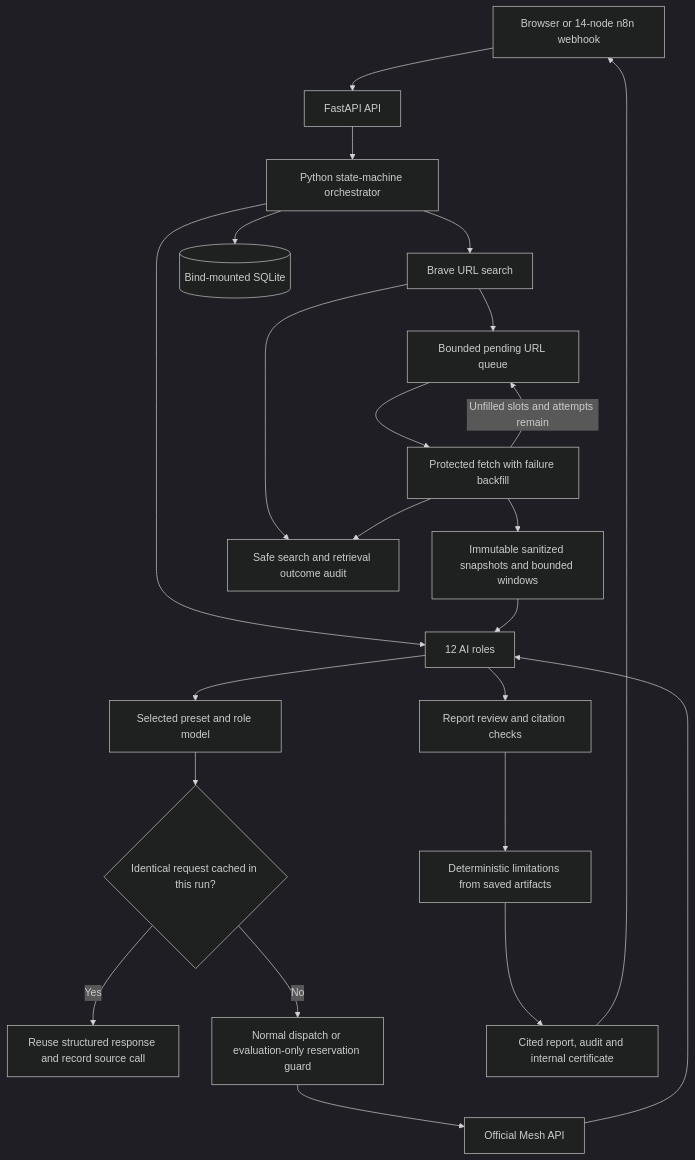
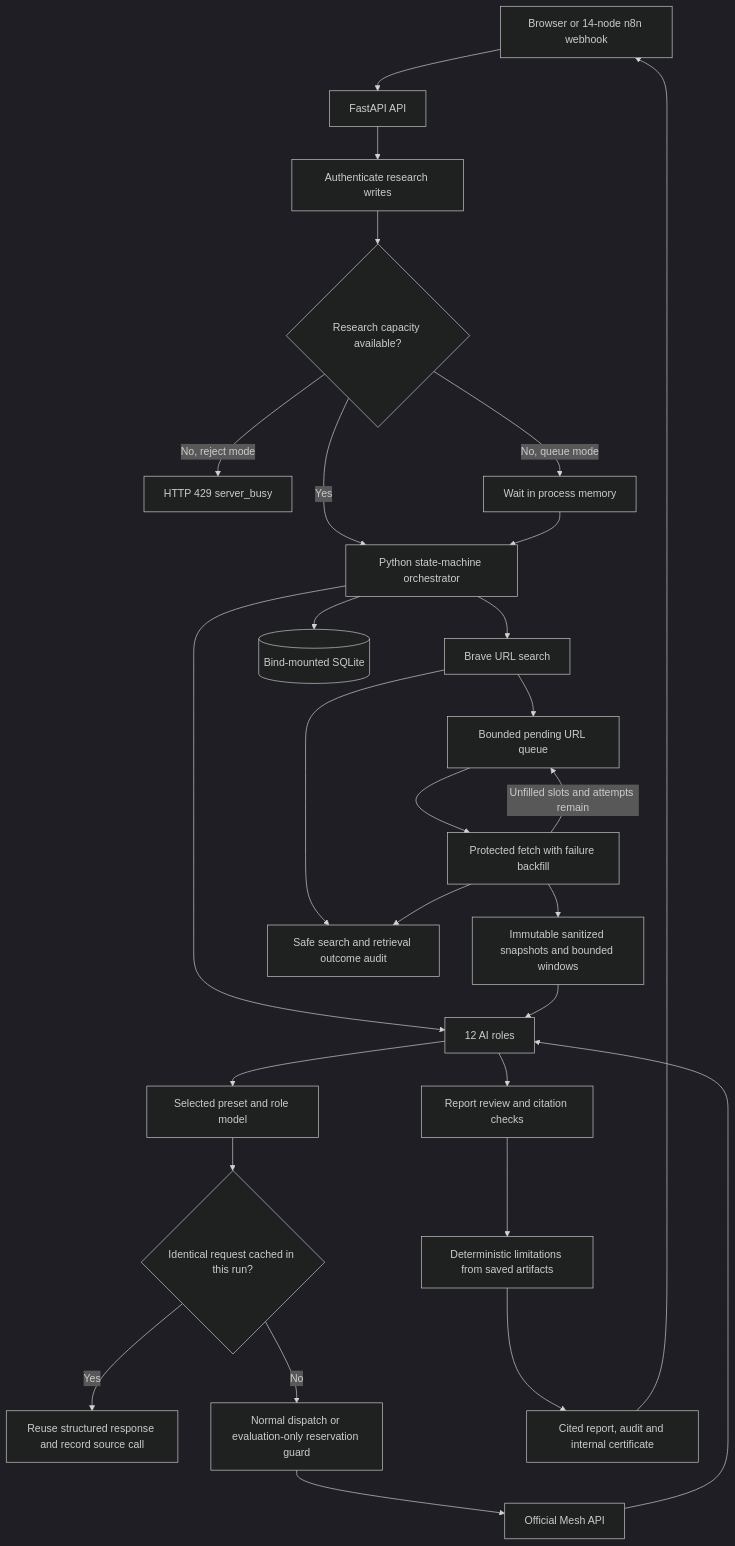
The first of 5 diagrams in README.md (seelamramesh/deepdive), drawn with Mermaid (dark theme) before and after one commit. The commit also changed other lines of this file and 3 other files, not shown here.

Commit message:
Document verified concurrency rollout and admission flow

````diff
--- a/README.md
+++ b/README.md
@@ -24,25 +26,30 @@
 ```mermaid
 flowchart TD
     U[Browser or 14-node n8n webhook] --> API[FastAPI API]
-    API --> O[Python state-machine orchestrator]
+    API --> AUTH[Authenticate research writes]
+    AUTH --> CAP{Research capacity available?}
+    CAP -->|Yes| O[Python state-machine orchestrator]
+    CAP -->|No, reject mode| BUSY[HTTP 429 server_busy]
+    CAP -->|No, queue mode| WAIT[Wait in process memory]
+    WAIT --> O
     O --> R[12 AI roles]
     R --> ROUTE[Selected preset and role model]
     ROUTE --> C{Identical request cached in this run?}
     C -->|Yes| REUSE[Reuse structured response and record source call]
     C -->|No| G[Normal dispatch or evaluation-only reservation guard]
     G --> M[Official Mesh API]
     M --> R
     O --> S[Brave URL search]
     S --> Q[Bounded pending URL queue]
     Q --> F[Protected fetch with failure backfill]
     F -->|Unfilled slots and attempts remain| Q
     F --> SNAP[Immutable sanitized snapshots and bounded windows]
     S --> HTTP[Safe search and retrieval outcome audit]
     F --> HTTP
     SNAP --> R
     O --> DB[(Bind-mounted SQLite)]
     R --> V[Report review and citation checks]
     V --> LIMITS[Deterministic limitations from saved artifacts]
     LIMITS --> OUT[Cited report, audit and internal certificate]
     OUT --> U
 ```
````
